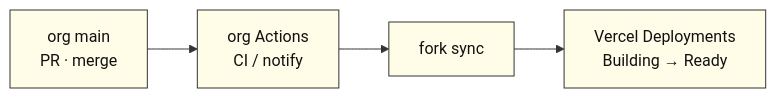
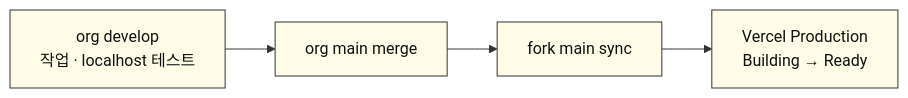
The fifth of 6 diagrams in docs/vercel-deploy-team-notice.md (SpartaValueHub/ValueHub-FE), drawn with Mermaid before and after one commit. The commit also changed other lines of this file, not shown here.

Commit message:
docs: org는 develop 작업·테스트, fork/Vercel은 main만 sync

````diff
--- a/docs/vercel-deploy-team-notice.md
+++ b/docs/vercel-deploy-team-notice.md
@@ -241,9 +250,9 @@
 ```mermaid
 %%{init: {"theme":"base","themeVariables":{"primaryColor":"#FFF3B0","primaryBorderColor":"#333","lineColor":"#333","clusterBkg":"#FFF3B0"}}}%%
 flowchart LR
-  A["org main<br/>PR · merge"] --> B["org Actions<br/>CI / notify"]
-  B --> C["fork sync"]
-  C --> D["Vercel Deployments<br/>Building → Ready"]
+  A["org develop<br/>작업 · localhost 테스트"] --> B["org main merge"]
+  B --> C["fork main sync"]
+  C --> D["Vercel Production<br/>Building → Ready"]
   classDef node fill:#FFFDE7,stroke:#333,color:#111;
   class A,B,C,D node;
 ```
````
